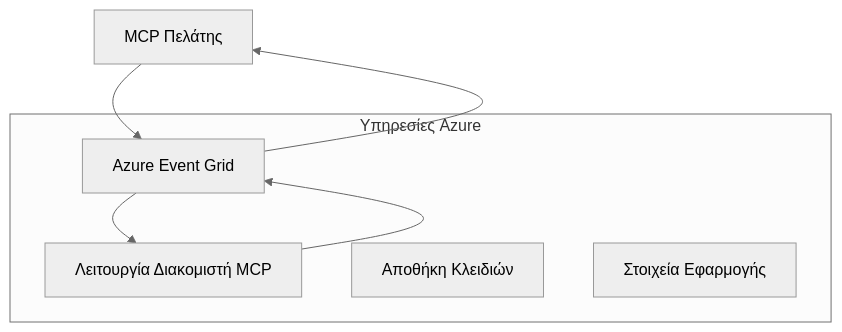
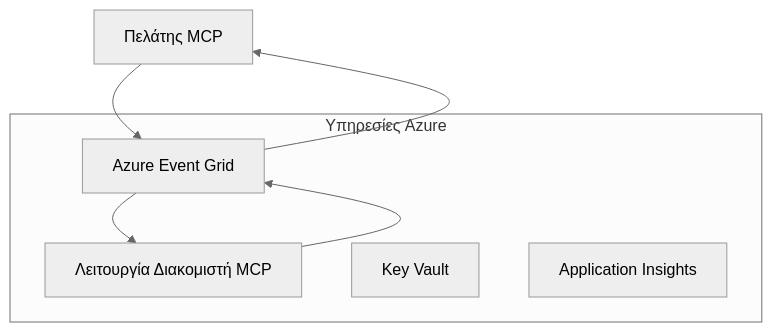
Before and after one commit to HIDORAKAI002/ai-workspace-archive: the first of 2 diagrams in mcp_ecosystem__model_context_protocol/mcp_learning_resources/mcp-for-beginners/translations/el/05-AdvancedTopics/mcp-transport/README.md, drawn with Mermaid (neutral theme). The commit also changed other lines of this file and 1046 other files, not shown here.

````diff
--- a/mcp_ecosystem__model_context_protocol/mcp_learning_resources/mcp-for-beginners/translations/el/05-AdvancedTopics/mcp-transport/README.md
+++ b/mcp_ecosystem__model_context_protocol/mcp_learning_resources/mcp-for-beginners/translations/el/05-AdvancedTopics/mcp-transport/README.md
@@ -58,14 +60,14 @@
 ```mermaid
 graph TB
-    Client[MCP Πελάτης] --> EG[Azure Event Grid]
+    Client[Πελάτης MCP] --> EG[Azure Event Grid]
     EG --> Server[Λειτουργία Διακομιστή MCP]
     Server --> EG
     EG --> Client
     
     subgraph "Υπηρεσίες Azure"
         EG
         Server
-        KV[Αποθήκη Κλειδιών]
-        Monitor[Στοιχεία Εφαρμογής]
+        KV[Key Vault]
+        Monitor[Application Insights]
     end
 ```
````
